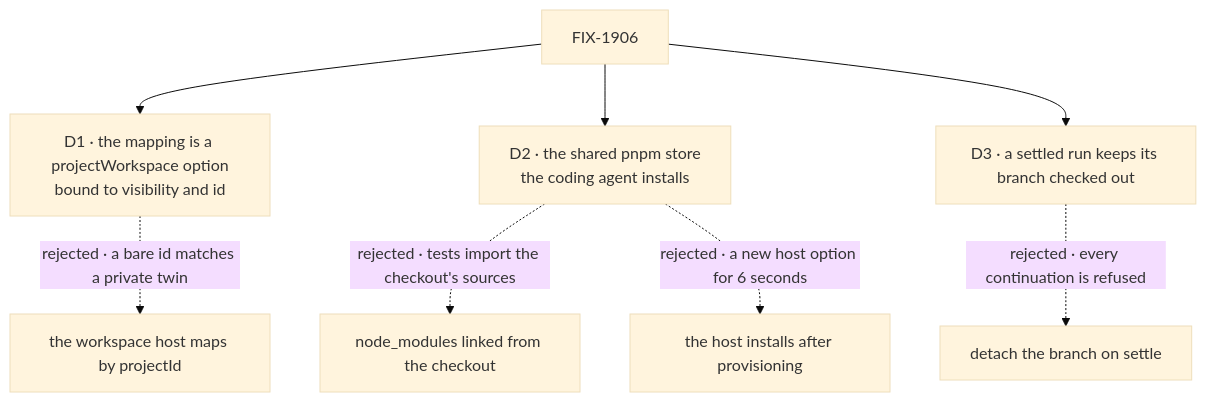
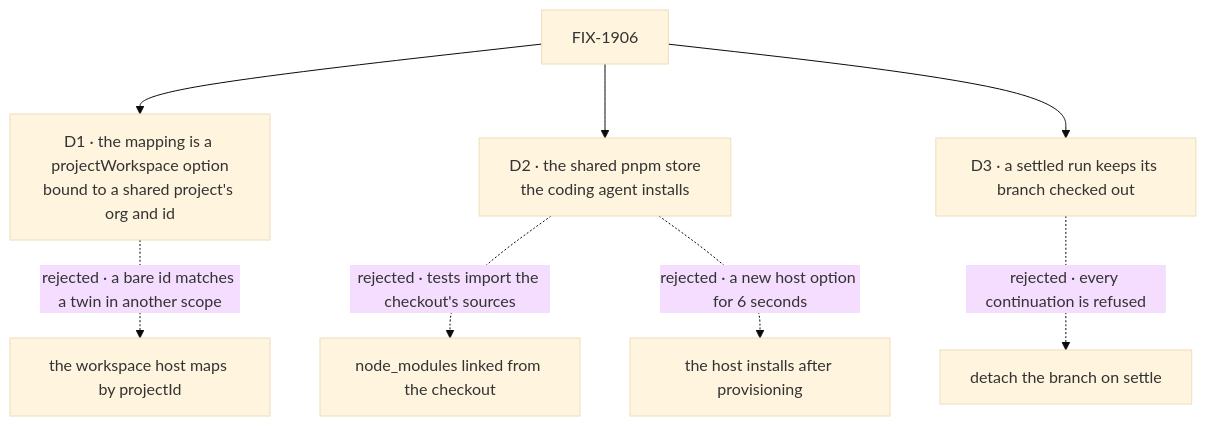
One commit to fixpoint-labs/flow-state-dev changed the diagram in specs/issues/FIX-1906/DECISIONS.md. Above: the diagram before and after it, drawn with Mermaid (base theme). The commit also changed other lines of this file and 9 other files, not shown here.

````diff
--- a/specs/issues/FIX-1906/DECISIONS.md
+++ b/specs/issues/FIX-1906/DECISIONS.md
@@ -14,10 +14,10 @@
 ```mermaid
 flowchart TD
-  I["FIX-1906"] --> D1["D1 · the mapping is a projectWorkspace option<br/>bound to visibility and id"]
-  D1 -.->|"rejected · a bare id matches a private twin"| X1["the workspace host maps by projectId"]
+  I["FIX-1906"] --> D1["D1 · the mapping is a projectWorkspace option<br/>bound to a shared project's org and id"]
+  D1 -.->|"rejected · a bare id matches a twin in another scope"| X1["the workspace host maps by projectId"]
   I --> D2["D2 · the shared pnpm store<br/>the coding agent installs"]
   D2 -.->|"rejected · tests import the checkout's sources"| X2["node_modules linked from the checkout"]
   D2 -.->|"rejected · a new host option for 6 seconds"| X3["the host installs after provisioning"]
   I --> D3["D3 · a settled run keeps its branch checked out"]
   D3 -.->|"rejected · every continuation is refused"| X4["detach the branch on settle"]
 ```
````
